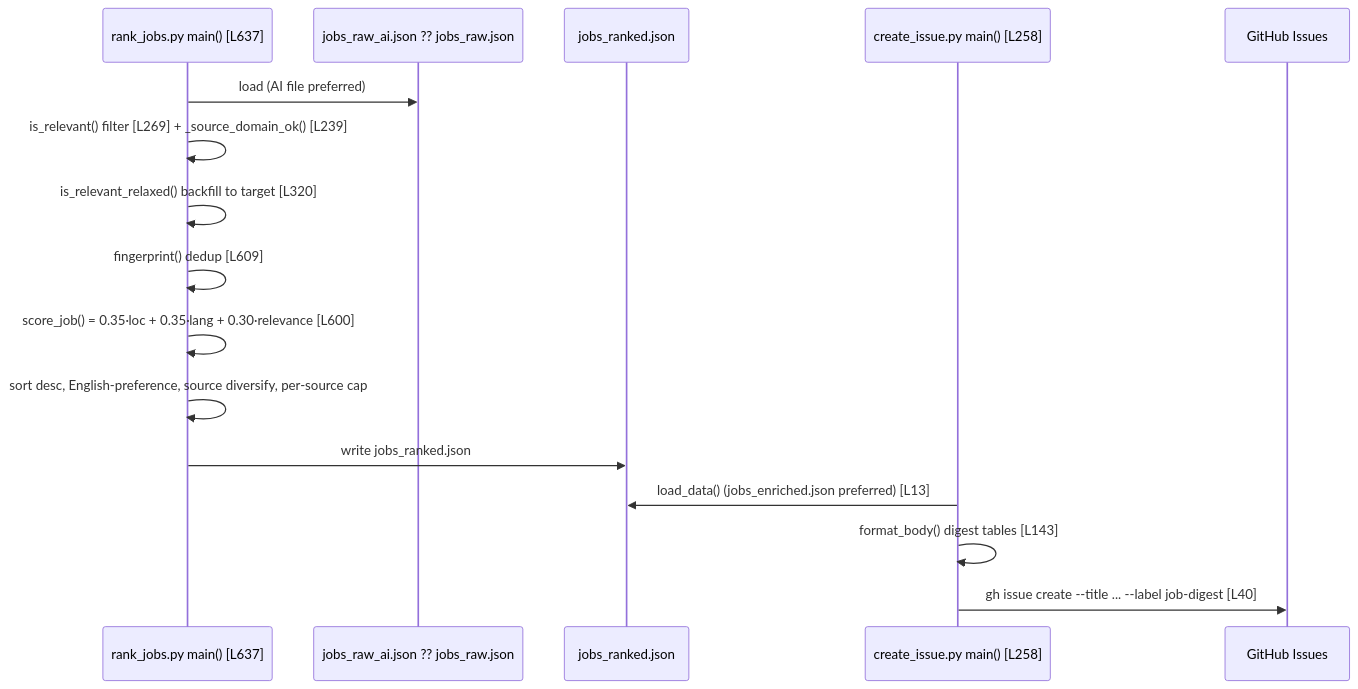
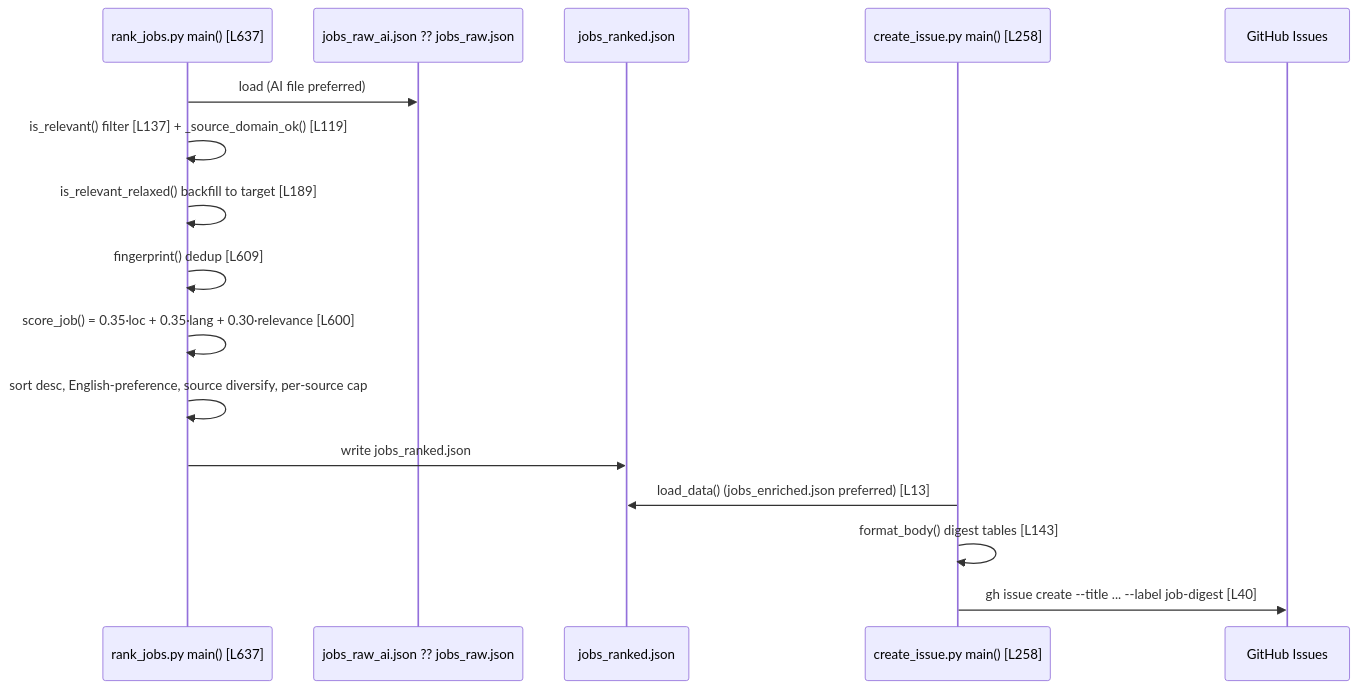
The second of 3 diagrams in docs/data-flows.md (EnnioTorre/dach-exec-job-alerts), drawn with Mermaid before and after one commit. The commit also changed other lines of this file and 4 other files, not shown here.

````diff
--- a/docs/data-flows.md
+++ b/docs/data-flows.md
@@ -39,19 +39,19 @@
 ```mermaid
 sequenceDiagram
     participant R as rank_jobs.py main() [L637]
     participant IN as jobs_raw_ai.json ?? jobs_raw.json
     participant OUT as jobs_ranked.json
     participant CI as create_issue.py main() [L258]
     participant GH as GitHub Issues
 
     R->>IN: load (AI file preferred)
-    R->>R: is_relevant() filter [L269] + _source_domain_ok() [L239]
-    R->>R: is_relevant_relaxed() backfill to target [L320]
+    R->>R: is_relevant() filter [L137] + _source_domain_ok() [L119]
+    R->>R: is_relevant_relaxed() backfill to target [L189]
     R->>R: fingerprint() dedup [L609]
     R->>R: score_job() = 0.35·loc + 0.35·lang + 0.30·relevance [L600]
     R->>R: sort desc, English-preference, source diversify, per-source cap
     R->>OUT: write jobs_ranked.json
     CI->>OUT: load_data() (jobs_enriched.json preferred) [L13]
     CI->>CI: format_body() digest tables [L143]
     CI->>GH: gh issue create --title ... --label job-digest [L40]
 ```
````
